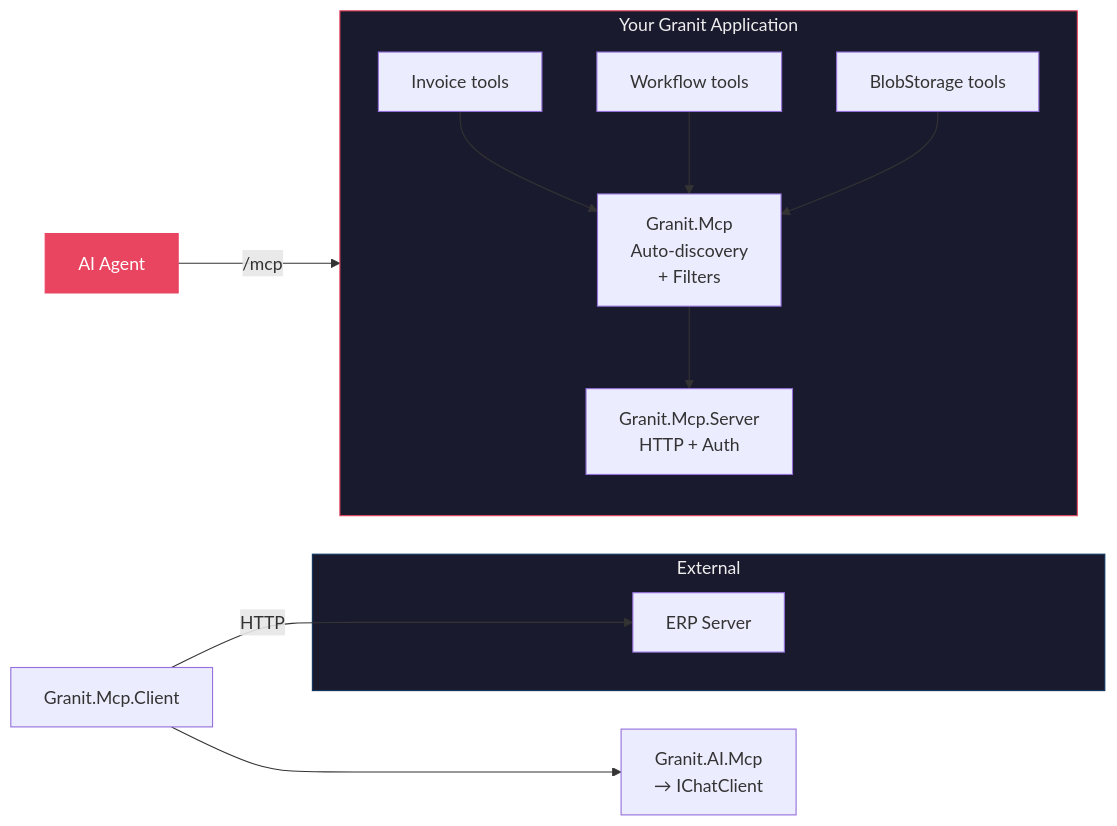
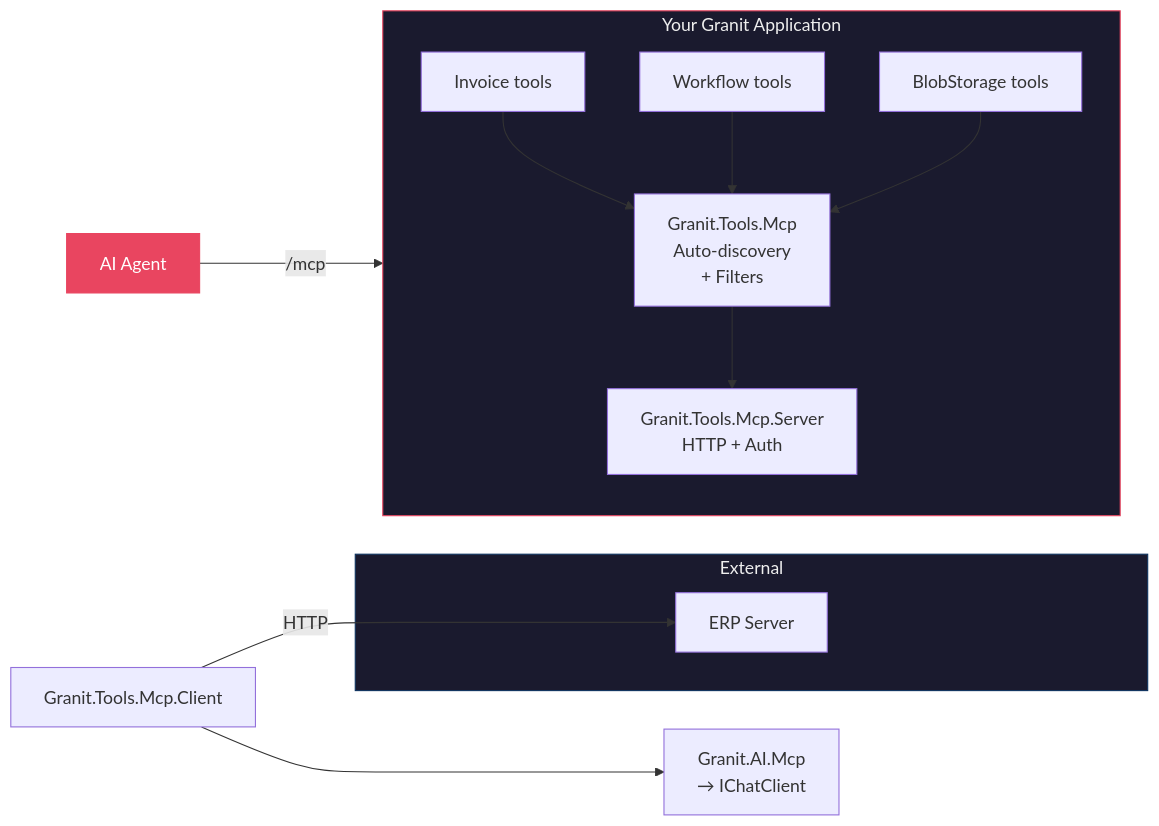
Before and after one commit to granit-fx/granit-docs: the second of 2 diagrams in src/content/docs/blog/let-ai-agents-use-your-dotnet-modules.mdx, drawn with Mermaid. The commit also changed other lines of this file and 16 other files, not shown here.

````diff
--- a/src/content/docs/blog/let-ai-agents-use-your-dotnet-modules.mdx
+++ b/src/content/docs/blog/let-ai-agents-use-your-dotnet-modules.mdx
@@ -74,23 +74,23 @@
 ```mermaid
 flowchart LR
     subgraph app["Your Granit Application"]
         direction TB
-        T1["Invoice tools"] --> MCP["Granit.Mcp\nAuto-discovery\n+ Filters"]
+        T1["Invoice tools"] --> MCP["Granit.Tools.Mcp\nAuto-discovery\n+ Filters"]
         T2["Workflow tools"] --> MCP
         T3["BlobStorage tools"] --> MCP
-        MCP --> SRV["Granit.Mcp.Server\nHTTP + Auth"]
+        MCP --> SRV["Granit.Tools.Mcp.Server\nHTTP + Auth"]
     end
 
     AI["AI Agent"] -- "/mcp" --> SRV
 
     subgraph ext["External"]
         ERP["ERP Server"]
     end
 
-    CLI["Granit.Mcp.Client"] -- "HTTP" --> ERP
+    CLI["Granit.Tools.Mcp.Client"] -- "HTTP" --> ERP
     CLI --> AIM["Granit.AI.Mcp\n→ IChatClient"]
 
     style app fill:#1a1a2e,stroke:#e94560,color:#eee
     style ext fill:#1a1a2e,stroke:#0f3460,color:#eee
     style AI fill:#e94560,stroke:#e94560,color:#fff
 ```
````
